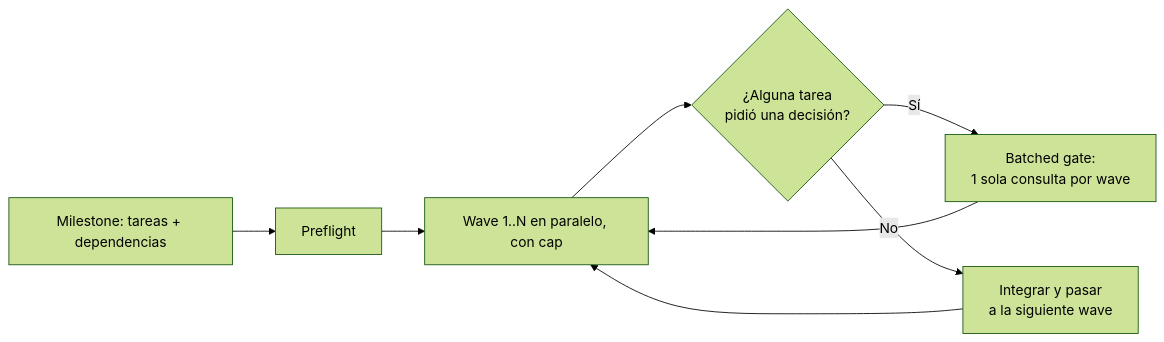
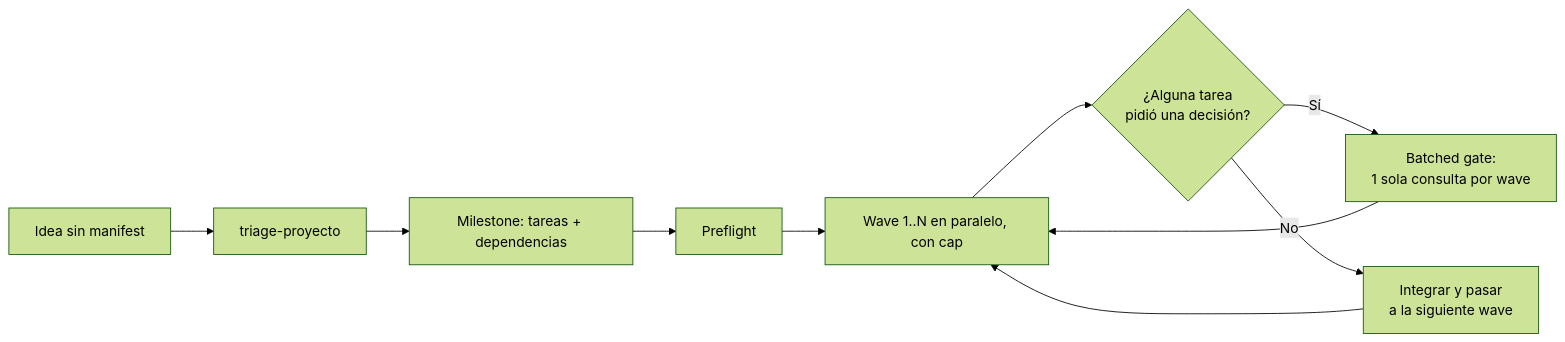
Before and after one commit to juannietocaceres/HarnessDeOrquestacion: the diagram in README.md, drawn with Mermaid (forest theme). The commit also changed other lines of this file and 17 other files, not shown here.

````diff
--- a/README.md
+++ b/README.md
@@ -21,10 +21,12 @@
 ```mermaid
 flowchart LR
+    I[Idea sin manifest] --> T[triage-proyecto]
+    T --> A
     A[Milestone: tareas + dependencias] --> B[Preflight]
     B --> C[Wave 1..N en paralelo, con cap]
     C --> D{¿Alguna tarea<br/>pidió una decisión?}
     D -->|Sí| E[Batched gate:<br/>1 sola consulta por wave]
     E --> C
     D -->|No| F[Integrar y pasar<br/>a la siguiente wave]
     F --> C
 ```
````
